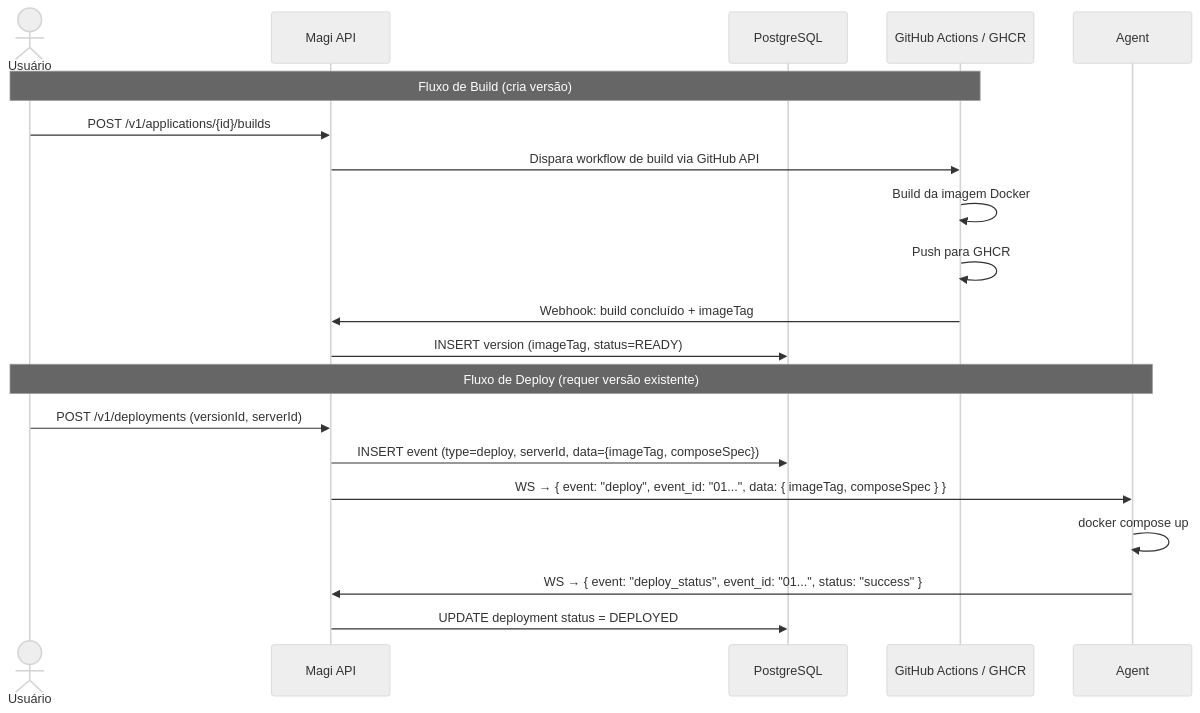
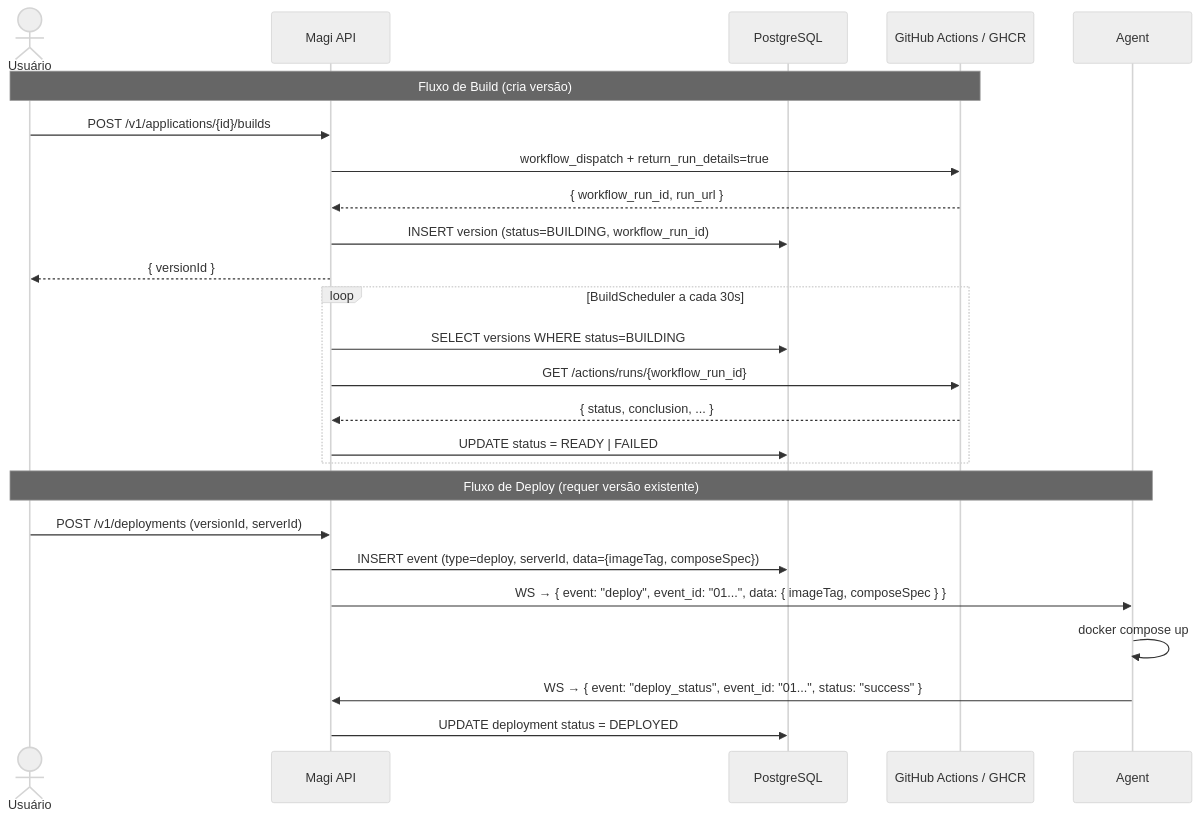
Before and after one commit to kaiqkt/magi-api: the third of 6 diagrams in docs/system-design/magi-api.md, drawn with Mermaid (neutral theme). The commit also changed other lines of this file and 13 other files, not shown here.

First line of the commit message:
feat(build): add workflow dispatch client methods and CI badge support

````diff
--- a/docs/system-design/magi-api.md
+++ b/docs/system-design/magi-api.md
@@ -132,24 +132,30 @@
 ```mermaid
 sequenceDiagram
   actor U as Usuário
   participant API as Magi API
   participant DB as PostgreSQL
   participant GH as GitHub Actions / GHCR
   participant A as Agent
 
   Note over U,GH: Fluxo de Build (cria versão)
   U->>API: POST /v1/applications/{id}/builds
-  API->>GH: Dispara workflow de build via GitHub API
-  GH->>GH: Build da imagem Docker
-  GH->>GH: Push para GHCR
-  GH->>API: Webhook: build concluído + imageTag
-  API->>DB: INSERT version (imageTag, status=READY)
+  API->>GH: workflow_dispatch + return_run_details=true
+  GH-->>API: { workflow_run_id, run_url }
+  API->>DB: INSERT version (status=BUILDING, workflow_run_id)
+  API-->>U: { versionId }
+
+  loop BuildScheduler a cada 30s
+    API->>DB: SELECT versions WHERE status=BUILDING
+    API->>GH: GET /actions/runs/{workflow_run_id}
+    GH-->>API: { status, conclusion, ... }
+    API->>DB: UPDATE status = READY | FAILED
+  end
 
   Note over U,A: Fluxo de Deploy (requer versão existente)
   U->>API: POST /v1/deployments (versionId, serverId)
   API->>DB: INSERT event (type=deploy, serverId, data={imageTag, composeSpec})
   API->>A: WS → { event: "deploy", event_id: "01...", data: { imageTag, composeSpec } }
   A->>A: docker compose up
   A->>API: WS → { event: "deploy_status", event_id: "01...", status: "success" }
   API->>DB: UPDATE deployment status = DEPLOYED
 ```
````
